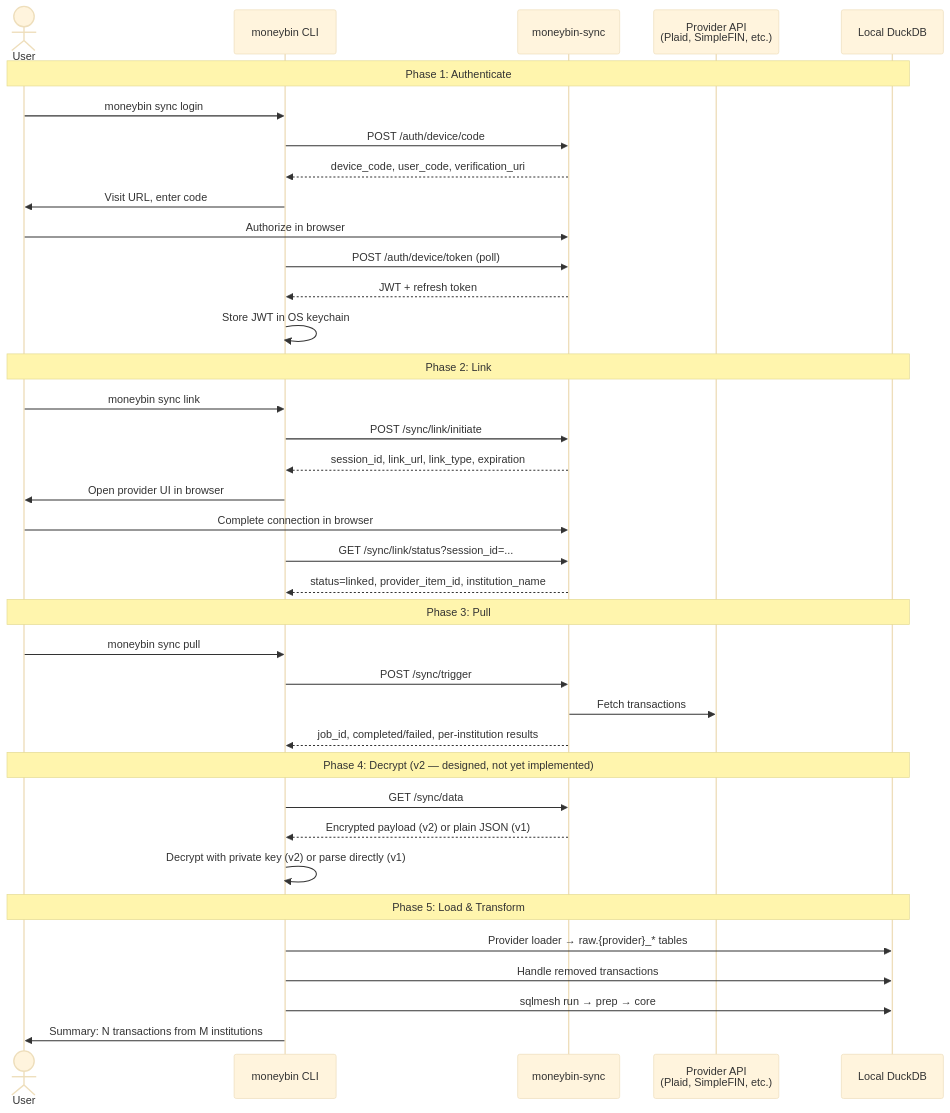
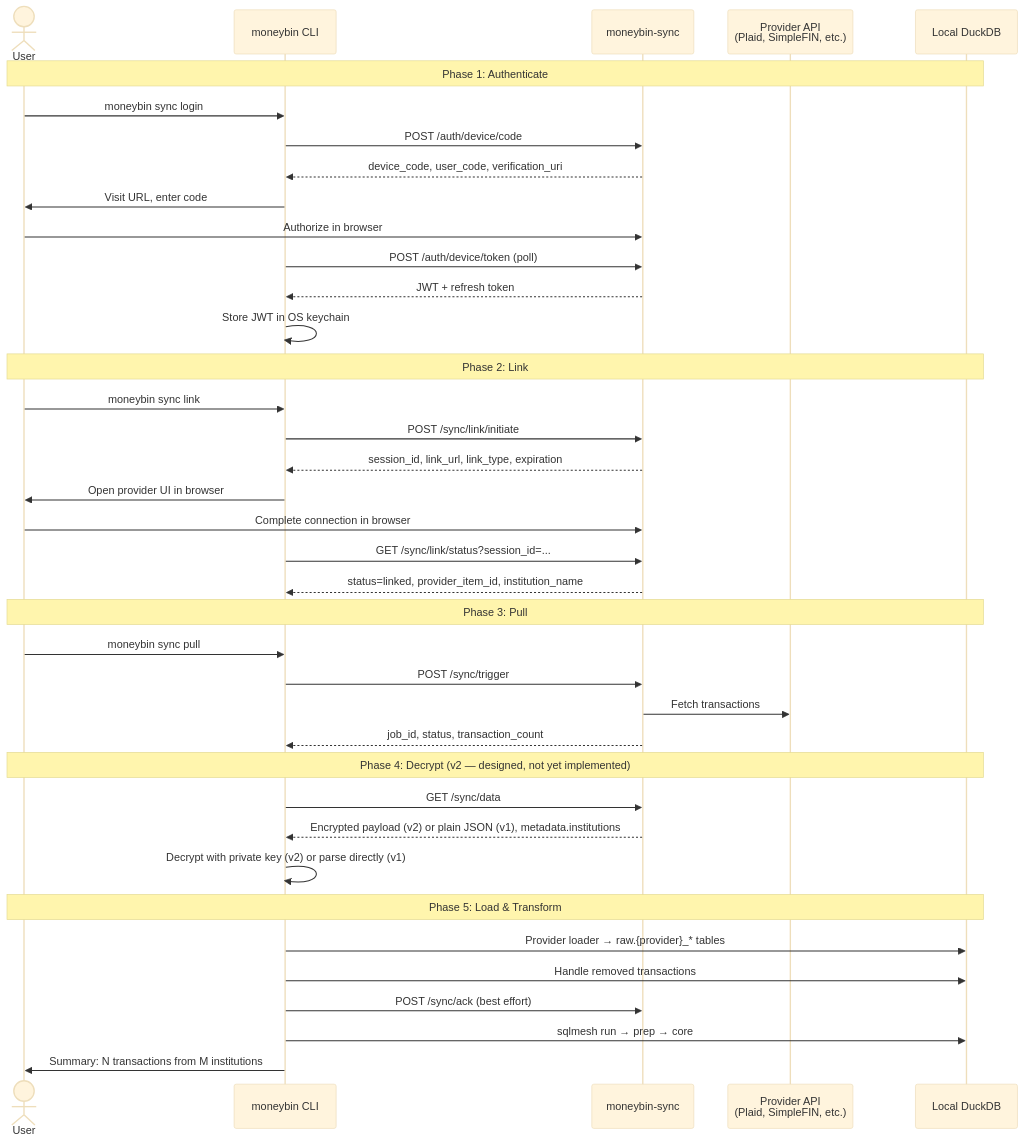
One commit to bsaffel/moneybin changed the first of 2 diagrams in docs/specs/sync-overview.md. Above: the diagram before and after it, drawn with Mermaid (base theme). The commit also changed other lines of this file and 4 other files, not shown here.

````diff
--- a/docs/specs/sync-overview.md
+++ b/docs/specs/sync-overview.md
@@ -68,44 +68,45 @@
 ```mermaid
 sequenceDiagram
     actor User
     participant CLI as moneybin CLI
     participant Server as moneybin-sync
     participant Provider as Provider API<br/>(Plaid, SimpleFIN, etc.)
     participant DB as Local DuckDB
 
     Note over User,DB: Phase 1: Authenticate
     User->>CLI: moneybin sync login
     CLI->>Server: POST /auth/device/code
     Server-->>CLI: device_code, user_code, verification_uri
     CLI->>User: Visit URL, enter code
     User->>Server: Authorize in browser
     CLI->>Server: POST /auth/device/token (poll)
     Server-->>CLI: JWT + refresh token
     CLI->>CLI: Store JWT in OS keychain
 
     Note over User,DB: Phase 2: Link
     User->>CLI: moneybin sync link
     CLI->>Server: POST /sync/link/initiate
     Server-->>CLI: session_id, link_url, link_type, expiration
     CLI->>User: Open provider UI in browser
     User->>Server: Complete connection in browser
     CLI->>Server: GET /sync/link/status?session_id=...
     Server-->>CLI: status=linked, provider_item_id, institution_name
 
     Note over User,DB: Phase 3: Pull
     User->>CLI: moneybin sync pull
     CLI->>Server: POST /sync/trigger
     Server->>Provider: Fetch transactions
-    Server-->>CLI: job_id, completed/failed, per-institution results
+    Server-->>CLI: job_id, status, transaction_count
 
     Note over User,DB: Phase 4: Decrypt (v2 — designed, not yet implemented)
     CLI->>Server: GET /sync/data
-    Server-->>CLI: Encrypted payload (v2) or plain JSON (v1)
+    Server-->>CLI: Encrypted payload (v2) or plain JSON (v1), metadata.institutions
     CLI->>CLI: Decrypt with private key (v2) or parse directly (v1)
 
     Note over User,DB: Phase 5: Load & Transform
     CLI->>DB: Provider loader → raw.{provider}_* tables
     CLI->>DB: Handle removed transactions
+    CLI->>Server: POST /sync/ack (best effort)
     CLI->>DB: sqlmesh run → prep → core
     CLI->>User: Summary: N transactions from M institutions
 ```
````
